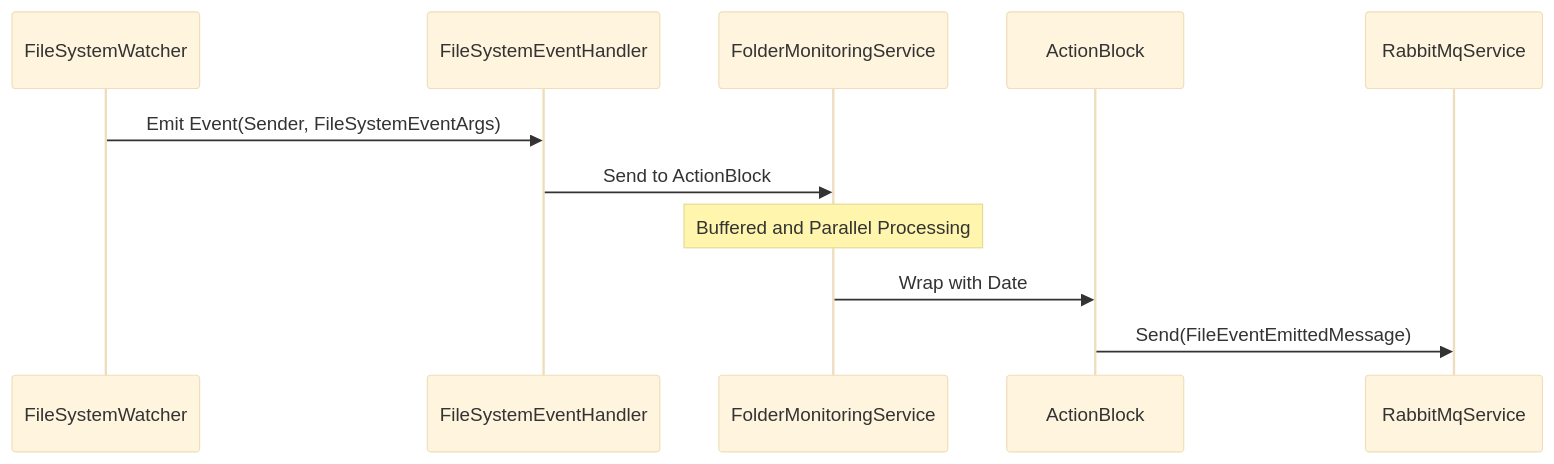
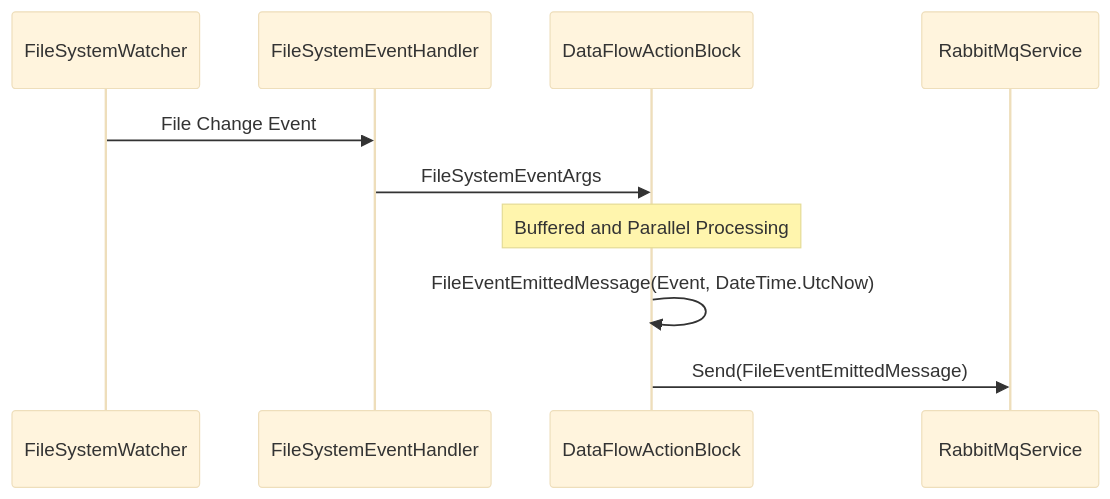
Before and after one commit to JakePathFinder/FolderMonitor: the fourth of 5 diagrams in README.md, drawn with Mermaid (base theme). The commit also changed other lines of this file, not shown here.

````diff
--- a/README.md
+++ b/README.md
@@ -288,14 +288,13 @@
 ```mermaid
 sequenceDiagram
     participant FileSystemWatcher as FileSystemWatcher
     participant FileSystemEventHandler as FileSystemEventHandler
-    participant FolderMonitoringService as FolderMonitoringService
-    participant ActionBlock as ActionBlock
+    participant DataFlowActionBlock as DataFlowActionBlock
     participant RabbitMqService as RabbitMqService
 
-    FileSystemWatcher->>FileSystemEventHandler: Emit Event(Sender, FileSystemEventArgs)
-    FileSystemEventHandler->>FolderMonitoringService: Send to ActionBlock
-    Note over FolderMonitoringService: Buffered and Parallel Processing
-    FolderMonitoringService->>ActionBlock: Wrap with Date
-    ActionBlock->>RabbitMqService: Send(FileEventEmittedMessage)
+    FileSystemWatcher->>FileSystemEventHandler: File Change Event
+    FileSystemEventHandler->>DataFlowActionBlock: FileSystemEventArgs
+    Note over DataFlowActionBlock: Buffered and Parallel Processing
+    DataFlowActionBlock->>DataFlowActionBlock: FileEventEmittedMessage(Event, DateTime.UtcNow)
+    DataFlowActionBlock->>RabbitMqService: Send(FileEventEmittedMessage)
 ```
````
